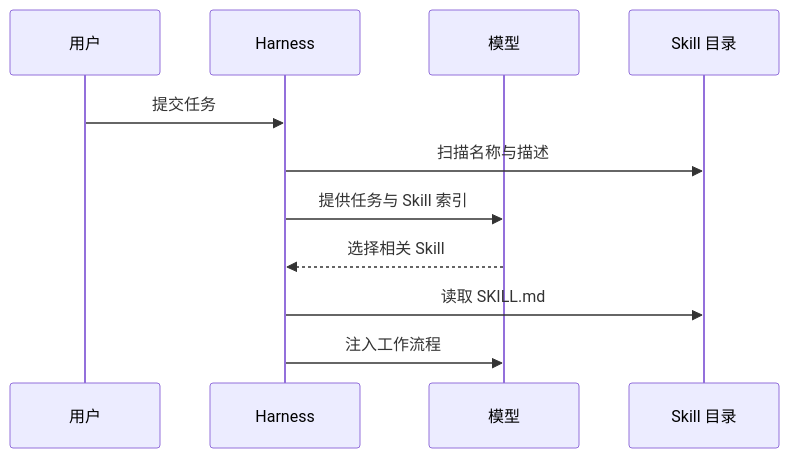
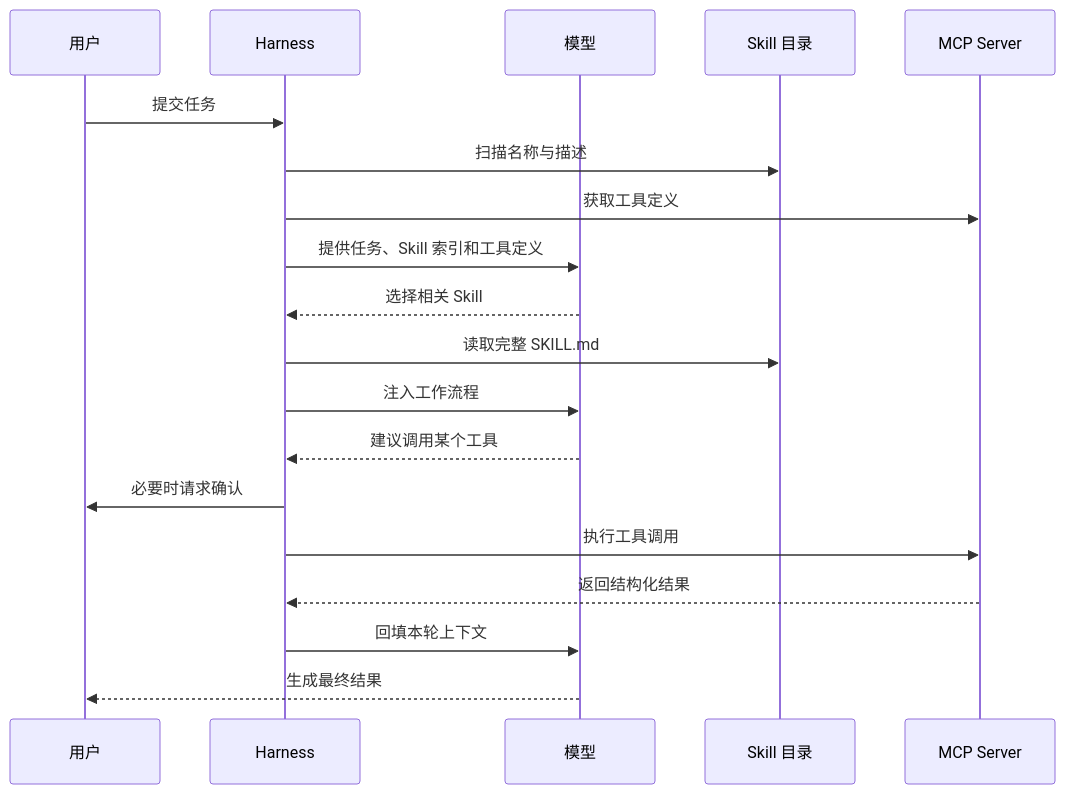
One commit to FoLaJJ/agent-systems-notes changed the third of 5 diagrams in README.md. Above: the diagram before and after it, drawn with Mermaid. The commit also changed other lines of this file and 13 other files, not shown here.

Commit message:
Refine Mermaid diagram layouts

````diff
--- a/README.md
+++ b/README.md
@@ -87,13 +85,21 @@
 ```mermaid
 sequenceDiagram
     participant U as 用户
     participant H as Harness
     participant L as 模型
     participant S as Skill 目录
+    participant M as MCP Server
     U->>H: 提交任务
     H->>S: 扫描名称与描述
-    H->>L: 提供任务与 Skill 索引
+    H->>M: 获取工具定义
+    H->>L: 提供任务、Skill 索引和工具定义
     L-->>H: 选择相关 Skill
-    H->>S: 读取 SKILL.md
+    H->>S: 读取完整 SKILL.md
     H->>L: 注入工作流程
+    L-->>H: 建议调用某个工具
+    H->>U: 必要时请求确认
+    H->>M: 执行工具调用
+    M-->>H: 返回结构化结果
+    H->>L: 回填本轮上下文
+    L-->>U: 生成最终结果
 ```
````
